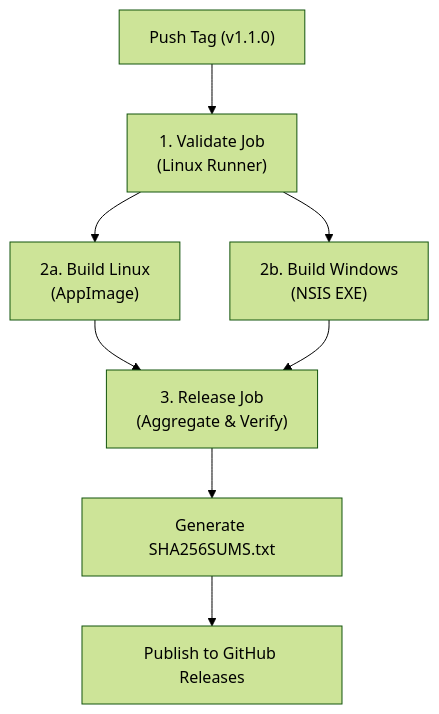
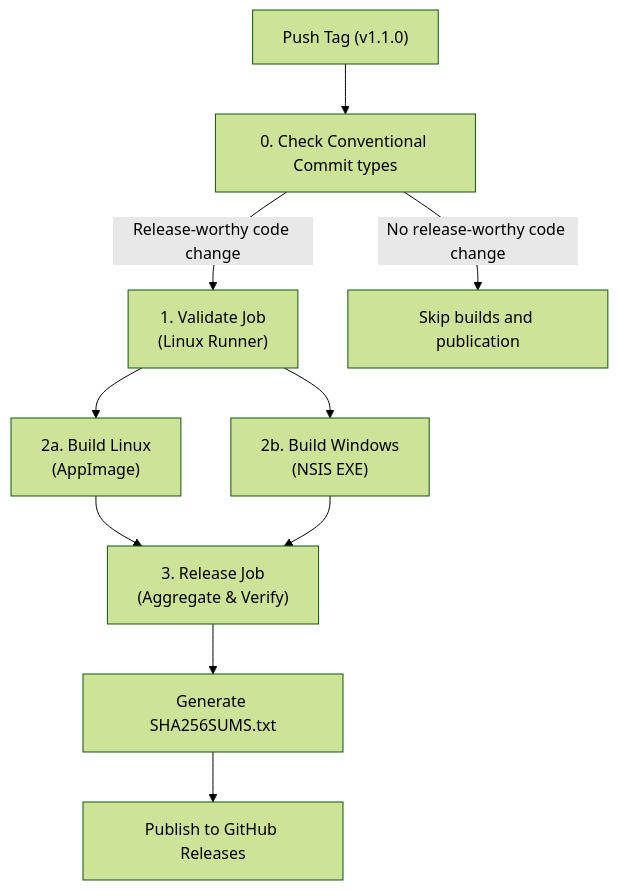
Before and after one commit to jirayaSenju/rt-library: the second of 2 diagrams in docs/releasing.md, drawn with Mermaid (forest theme). The commit also changed other lines of this file and 7 other files, not shown here.

Commit message:
feat(release): skip releases for documentation-only changes

````diff
--- a/docs/releasing.md
+++ b/docs/releasing.md
@@ -96,10 +110,12 @@
 ```mermaid
 graph TD
-    Tag["Push Tag (v1.1.0)"] --> Validate["1. Validate Job<br/>(Linux Runner)"]
+    Tag["Push Tag (v1.1.0)"] --> Eligibility["0. Check Conventional Commit types"]
+    Eligibility -->|"Release-worthy code change"| Validate["1. Validate Job<br/>(Linux Runner)"]
     Validate --> BuildLinux["2a. Build Linux<br/>(AppImage)"]
     Validate --> BuildWin["2b. Build Windows<br/>(NSIS EXE)"]
     BuildLinux --> Release["3. Release Job<br/>(Aggregate & Verify)"]
     BuildWin --> Release
     Release --> Checksums["Generate SHA256SUMS.txt"]
     Checksums --> Publish["Publish to GitHub Releases"]
+    Eligibility -->|"No release-worthy code change"| Skip["Skip builds and publication"]
 ```
````
